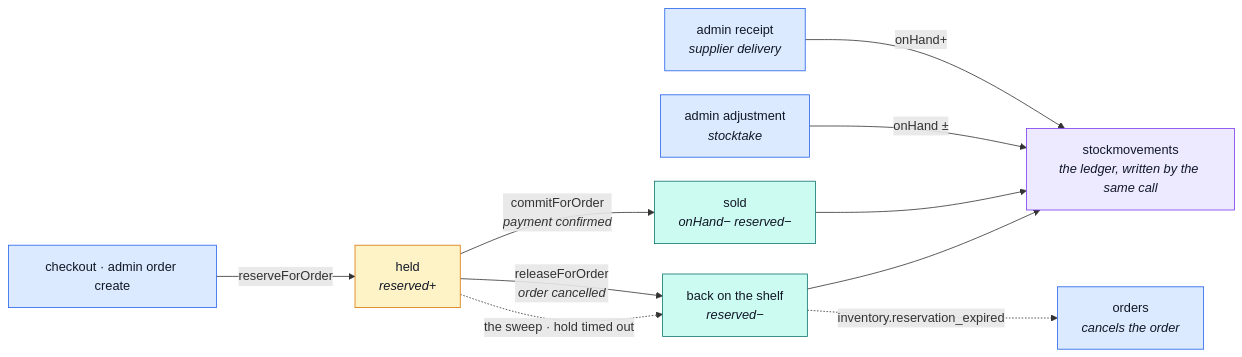
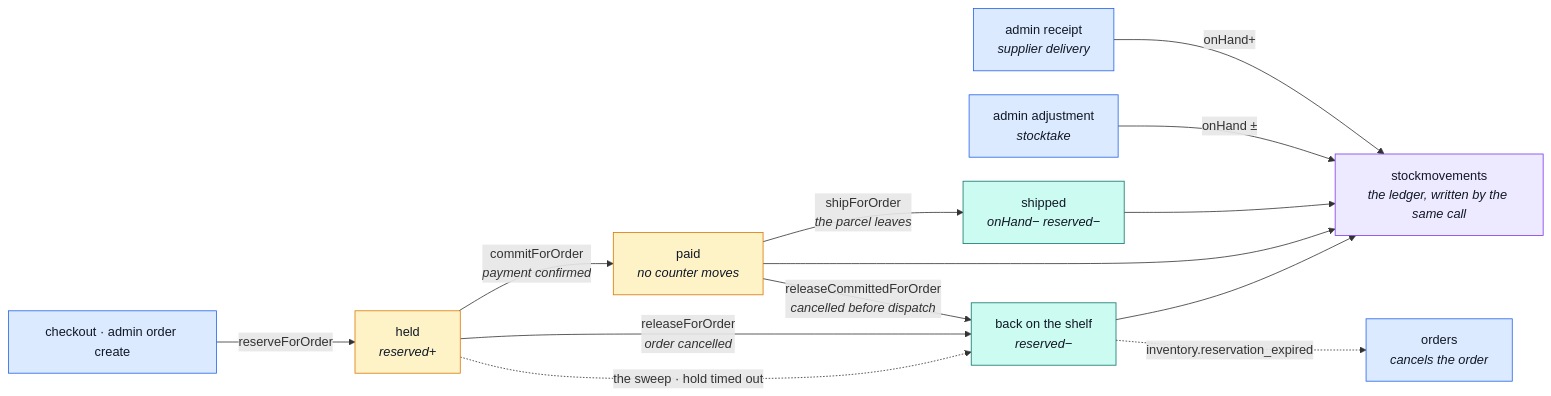
One commit to Guebbit/boilerplate-node-backend changed the second of 2 diagrams in docs/modules/inventory.md. Above: the diagram before and after it, drawn with Mermaid. The commit also changed other lines of this file and 33 other files, not shown here.

````diff
--- a/docs/modules/inventory.md
+++ b/docs/modules/inventory.md
@@ -123,22 +124,25 @@
 ```mermaid
 %%{init: {'flowchart': {'nodeSpacing': 30, 'rankSpacing': 55}}}%%
 flowchart LR
     CO["checkout · admin order create"] -->|reserveForOrder| H["held<br/><i>reserved+</i>"]
-    H -->|"commitForOrder<br/><i>payment confirmed</i>"| S["sold<br/><i>onHand− reserved−</i>"]
+    H -->|"commitForOrder<br/><i>payment confirmed</i>"| P["paid<br/><i>no counter moves</i>"]
+    P -->|"shipForOrder<br/><i>the parcel leaves</i>"| S["shipped<br/><i>onHand− reserved−</i>"]
+    P -->|"releaseCommittedForOrder<br/><i>cancelled before dispatch</i>"| B
     H -->|"releaseForOrder<br/><i>order cancelled</i>"| B["back on the shelf<br/><i>reserved−</i>"]
     H -. "the sweep · hold timed out" .-> B
     B -. "inventory.reservation_expired" .-> OR["orders<br/><i>cancels the order</i>"]
     RC["admin receipt<br/><i>supplier delivery</i>"] -->|onHand+| L
     AD["admin adjustment<br/><i>stocktake</i>"] -->|"onHand ±"| L["stockmovements<br/><i>the ledger, written by the same call</i>"]
     S --> L
+    P --> L
     B --> L
 
     classDef hold fill:#fef3c7,stroke:#d97706,color:#111827;
     classDef done fill:#ccfbf1,stroke:#0f766e,color:#111827;
     classDef entry fill:#dbeafe,stroke:#2563eb,color:#111827;
     classDef ledger fill:#ede9fe,stroke:#7c3aed,color:#111827;
-    class H hold;
+    class H,P hold;
     class S,B done;
     class CO,RC,AD,OR entry;
     class L ledger;
 ```
````
